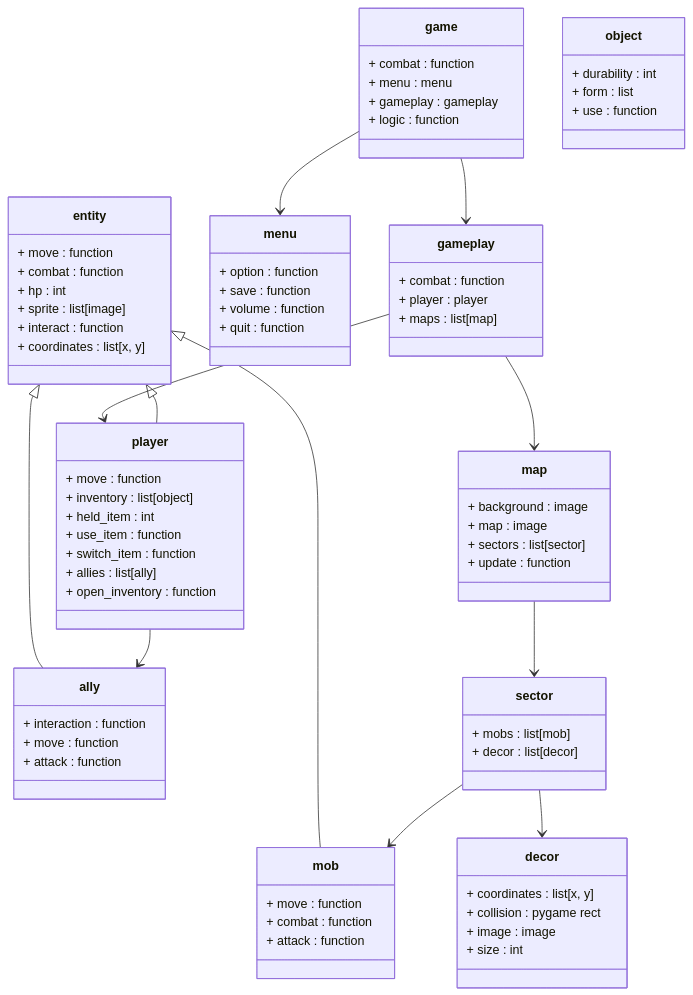
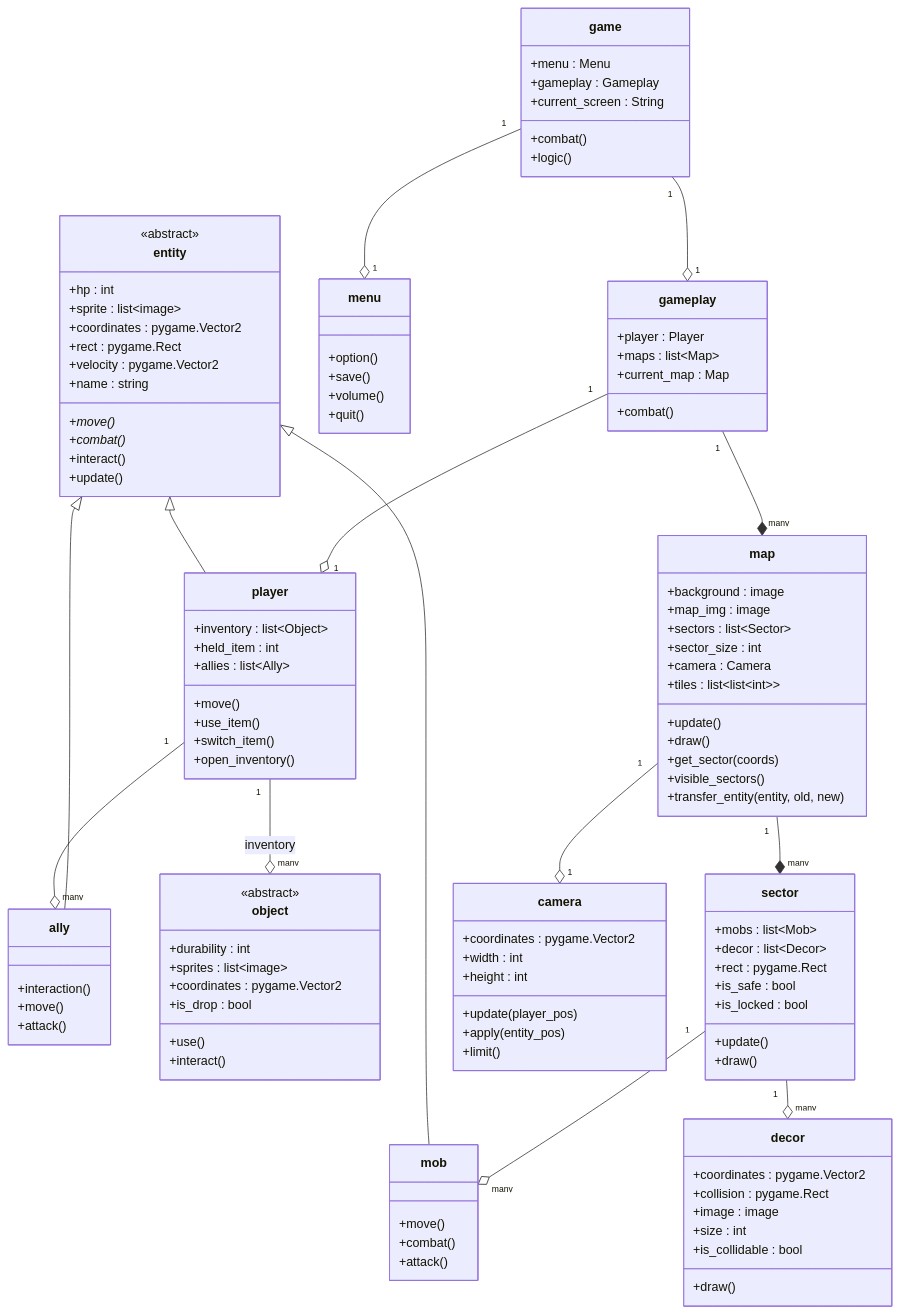
Before and after one commit to flofgi/Projet-prog-IE: the diagram in classDiagram.mmd, drawn with Mermaid. The commit also changed 2 other files, not shown here.

Commit message:
update class diagram and dictionnary function to use pygame tools

```diff
--- a/classDiagram.mmd
+++ b/classDiagram.mmd
@@ -1,78 +1,129 @@
 classDiagram
     class game {
-        + combat : function
-        + menu : menu
-        + gameplay : gameplay
-        + logic : function
-    }
-    class gameplay {
-        + combat : function
-        + player : player
-        + maps : list[map]
-    }
-    class menu {
-        + option : function
-        + save : function
-        + volume : function
-        + quit : function
-    }
-    class entity {
-        + move : function
-        + combat : function
-        + hp : int
-        + sprite : list[image]
-        + interact : function
-        + coordinates : list[x, y]
-    }
-    class mob {
-        + move : function
-        + combat : function
-        + attack : function
-    }
-    class object {
-        + durability : int
-        + form : list
-        + use : function
-    }
-    class map {
-        + background : image
-        + map : image
-        + sectors : list[sector]
-        + update : function
-    }
-    class player {
-        + move : function
-        + inventory : list[object]
-        + held_item : int
-        + use_item : function
-        + switch_item : function
-        + allies : list[ally]
-        + open_inventory : function
-    }
-    class ally {
-        + interaction : function
-        + move : function
-        + attack : function
-    }
-    class sector {
-        + mobs : list[mob]
-        + decor : list[decor]
-    }
-    class decor {
-        + coordinates : list[x, y]
-        + collision : pygame rect
-        + image : image
-        + size : int
+        +combat()
+        +menu : Menu
+        +gameplay : Gameplay
+        +logic()
+        +current_screen : String
     }
 
-    gameplay --> player
-    gameplay --> map
-    game --> gameplay
-    game --> menu
+    class gameplay {
+        +combat()
+        +player : Player
+        +maps : list~Map~
+        +current_map : Map
+    }
+
+    class menu {
+        +option()
+        +save()
+        +volume()
+        +quit()
+    }
+
+    class entity {
+        <<abstract>>
+        +hp : int
+        +sprite : list~image~
+        +coordinates : pygame.Vector2
+        +rect : pygame.Rect
+        +velocity : pygame.Vector2
+        +move()*
+        +combat()*
+        +interact()
+        +update()
+        +name : string
+    }
+
+    class mob {
+        +move()
+        +combat()
+        +attack()
+    }
+
+    class player {
+        +inventory : list~Object~
+        +held_item : int
+        +allies : list~Ally~
+        +move()
+        +use_item()
+        +switch_item()
+        +open_inventory()
+    }
+
+    class ally {
+        +interaction()
+        +move()
+        +attack()
+    }
+
+    class object {
+        <<abstract>>
+        +durability : int
+        +sprites : list~image~
+        +coordinates : pygame.Vector2
+        +is_drop : bool
+        +use()
+        +interact()
+    }
+
+    class map {
+        +background : image
+        +map_img : image
+        +sectors : list~Sector~
+        +sector_size : int
+        +camera : Camera
+        +tiles : list~list~int~~
+        +update()
+        +draw()
+        +get_sector(coords)
+        +visible_sectors()
+        +transfer_entity(entity, old, new)
+    }
+
+    class sector {
+        +mobs : list~Mob~
+        +decor : list~Decor~
+        +rect : pygame.Rect
+        +is_safe : bool
+        +is_locked : bool
+        +update()
+        +draw()
+    }
+
+    class decor {
+        +coordinates : pygame.Vector2
+        +collision : pygame.Rect
+        +image : image
+        +size : int
+        +is_collidable : bool
+        +draw()
+    }
+
+    class camera {
+        +coordinates : pygame.Vector2
+        +width : int
+        +height : int
+        +update(player_pos)
+        +apply(entity_pos)
+        +limit()
+    }
+
+    %% Relations
+    game "1" --o "1" menu
+    game "1" --o "1" gameplay
+    gameplay "1" --* "many" map
+    gameplay "1" --o "1" player
+    
+    map "1" --* "many" sector
+    map "1" --o "1" camera
+    
+    sector "1" --o "many" mob
+    sector "1" --o "many" decor
+    
+    entity <|-- mob
     entity <|-- player
-    entity <|-- mob    
     entity <|-- ally
-    sector --> mob
-    sector --> decor
-    player --> ally
-    map --> sector
+    
+    player "1" --o "many" object : inventory
+    player "1" --o "many" ally
```
